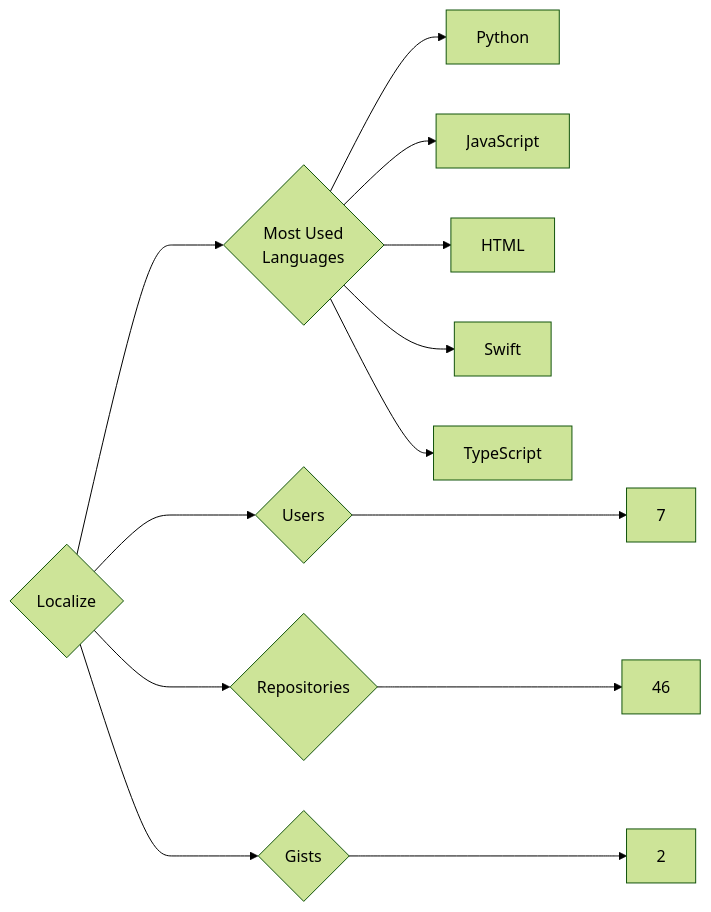
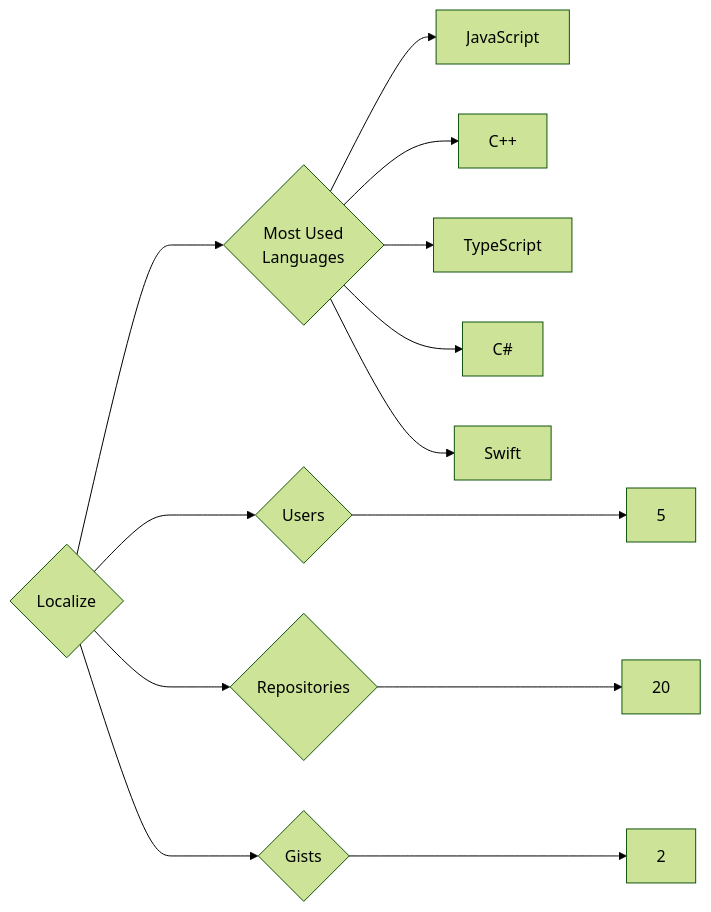
Before and after one commit to trickest/insiders: the diagram in targets/Localize/README.md, drawn with Mermaid (forest theme). The commit also changed 1508 other files, not shown here.

````diff
--- a/targets/Localize/README.md
+++ b/targets/Localize/README.md
@@ -3,13 +3,13 @@
 ```mermaid
 graph LR
 COMPANY_NAME{Localize}
-COMPANY_NAME ---> U{Users} ---> UN[7]
-COMPANY_NAME ---> R{Repositories} ---> RN[46]
+COMPANY_NAME ---> U{Users} ---> UN[5]
+COMPANY_NAME ---> R{Repositories} ---> RN[20]
 COMPANY_NAME ---> G{Gists} ---> GN[2]
 COMPANY_NAME ---> ML{Most Used<br>Languages}
-ML --> Python[Python]
 ML --> JavaScript[JavaScript]
-ML --> HTML[HTML]
+ML --> C++[C++]
+ML --> TypeScript[TypeScript]
+ML --> C#[C#]
 ML --> Swift[Swift]
-ML --> TypeScript[TypeScript]
 ```
````
